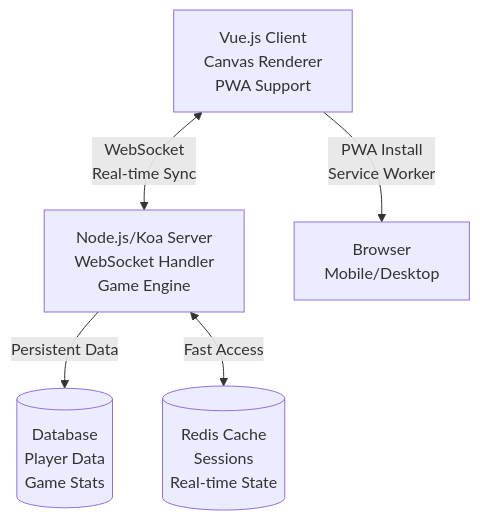
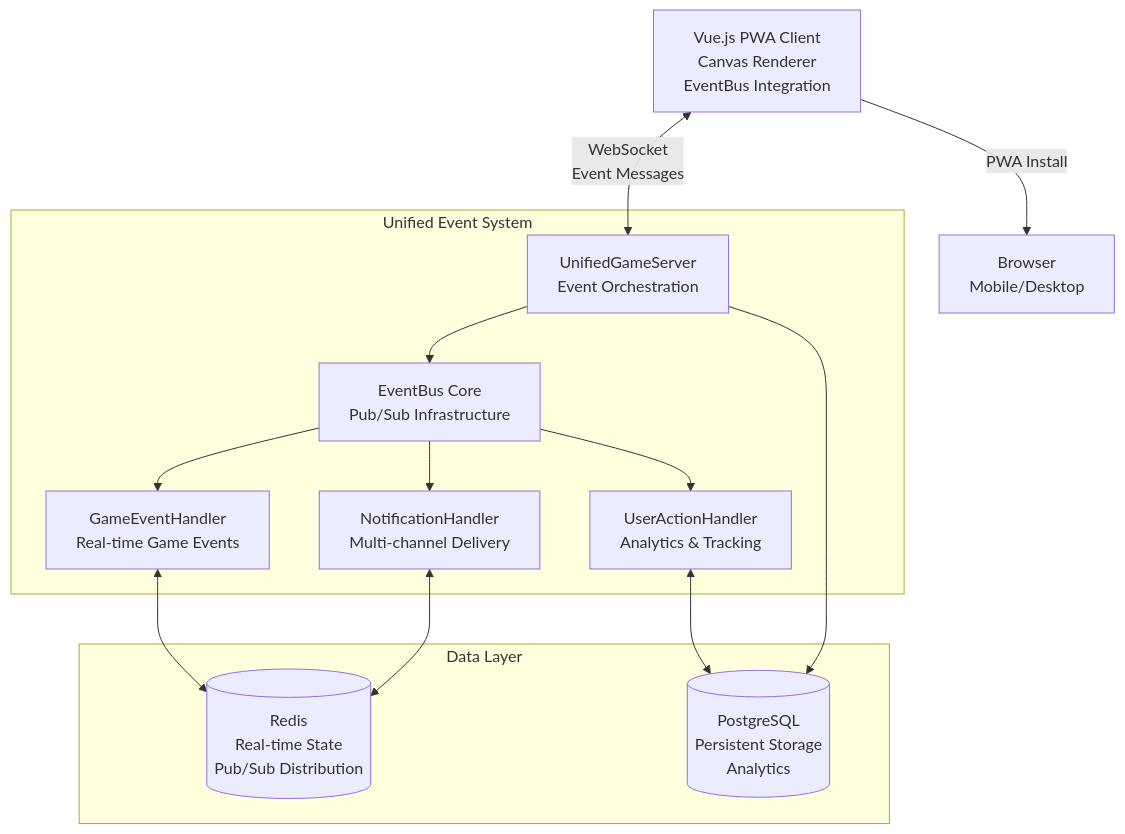
One commit to alexmakeev/bomberman changed the diagram in README.md. Above: the diagram before and after it, drawn with Mermaid. The commit also changed other lines of this file and 1 other file, not shown here.

First line of the commit message:
Update README and CLAUDE documentation for unified event system

````diff
--- a/README.md
+++ b/README.md
@@ -69,12 +70,30 @@
 ```mermaid
 graph TB
-    Client[Vue.js Client<br/>Canvas Renderer<br/>PWA Support]
-    Server[Node.js/Koa Server<br/>WebSocket Handler<br/>Game Engine]
-    Database[(Database<br/>Player Data<br/>Game Stats)]
-    Cache[(Redis Cache<br/>Sessions<br/>Real-time State)]
+    Client[Vue.js PWA Client<br/>Canvas Renderer<br/>EventBus Integration]
     
-    Client <-->|WebSocket<br/>Real-time Sync| Server
-    Server -->|Persistent Data| Database
-    Server <-->|Fast Access| Cache
-    Client -->|PWA Install<br/>Service Worker| Browser[Browser<br/>Mobile/Desktop]
+    subgraph "Unified Event System"
+        Server[UnifiedGameServer<br/>Event Orchestration]
+        EventBus[EventBus Core<br/>Pub/Sub Infrastructure]
+        GameHandler[GameEventHandler<br/>Real-time Game Events]
+        NotifyHandler[NotificationHandler<br/>Multi-channel Delivery]
+        ActionHandler[UserActionHandler<br/>Analytics & Tracking]
+    end
+    
+    subgraph "Data Layer"
+        Redis[(Redis<br/>Real-time State<br/>Pub/Sub Distribution)]
+        PostgreSQL[(PostgreSQL<br/>Persistent Storage<br/>Analytics)]
+    end
+    
+    Client <-->|WebSocket<br/>Event Messages| Server
+    Server --> EventBus
+    EventBus --> GameHandler
+    EventBus --> NotifyHandler  
+    EventBus --> ActionHandler
+    
+    GameHandler <--> Redis
+    NotifyHandler <--> Redis
+    ActionHandler <--> PostgreSQL
+    
+    Server --> PostgreSQL
+    Client -->|PWA Install| Browser[Browser<br/>Mobile/Desktop]
 ```
````
